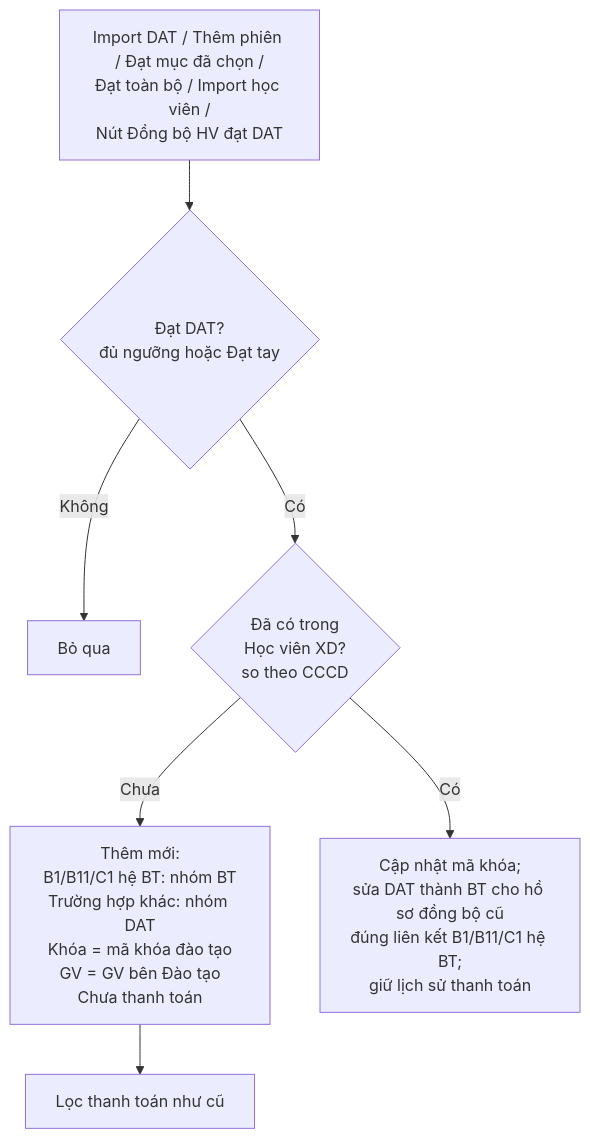
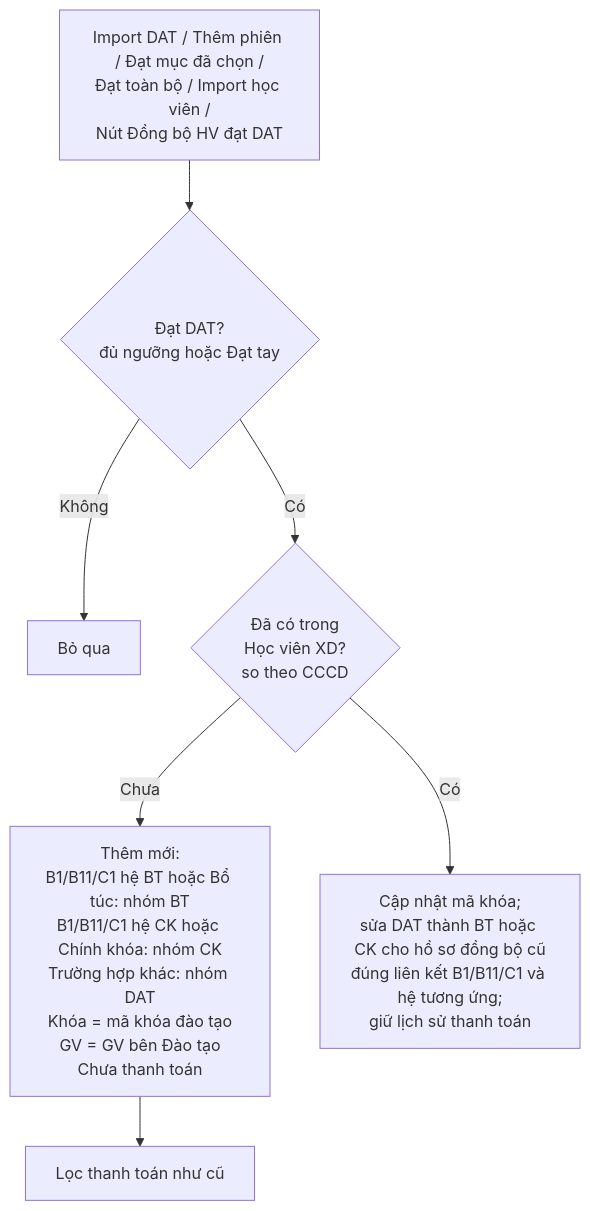
One commit to dragonking1991/daotaolaixebachviet changed the seventh of 7 diagrams in README-DAOTAO-XANGDAU.md. Above: the diagram before and after it, drawn with Mermaid. The commit also changed other lines of this file and 45 other files, not shown here.

````diff
--- a/README-DAOTAO-XANGDAU.md
+++ b/README-DAOTAO-XANGDAU.md
@@ -301,9 +309,9 @@
 ```mermaid
 flowchart TD
     T[Import DAT / Thêm phiên / Đạt mục đã chọn /<br/>Đạt toàn bộ / Import học viên /<br/>Nút Đồng bộ HV đạt DAT] --> S{Đạt DAT?<br/>đủ ngưỡng hoặc Đạt tay}
     S -- Không --> X[Bỏ qua]
     S -- Có --> E{Đã có trong<br/>Học viên XD?<br/>so theo CCCD}
-    E -- Chưa --> N[Thêm mới:<br/>B1/B11/C1 hệ BT: nhóm BT<br/>Trường hợp khác: nhóm DAT<br/>Khóa = mã khóa đào tạo<br/>GV = GV bên Đào tạo<br/>Chưa thanh toán]
-    E -- Có --> K[Cập nhật mã khóa;<br/>sửa DAT thành BT cho hồ sơ đồng bộ cũ<br/>đúng liên kết B1/B11/C1 hệ BT;<br/>giữ lịch sử thanh toán]
+    E -- Chưa --> N[Thêm mới:<br/>B1/B11/C1 hệ BT hoặc Bổ túc: nhóm BT<br/>B1/B11/C1 hệ CK hoặc Chính khóa: nhóm CK<br/>Trường hợp khác: nhóm DAT<br/>Khóa = mã khóa đào tạo<br/>GV = GV bên Đào tạo<br/>Chưa thanh toán]
+    E -- Có --> K[Cập nhật mã khóa;<br/>sửa DAT thành BT hoặc CK cho hồ sơ đồng bộ cũ<br/>đúng liên kết B1/B11/C1 và hệ tương ứng;<br/>giữ lịch sử thanh toán]
     N --> L[Lọc thanh toán như cũ]
 ```
````
